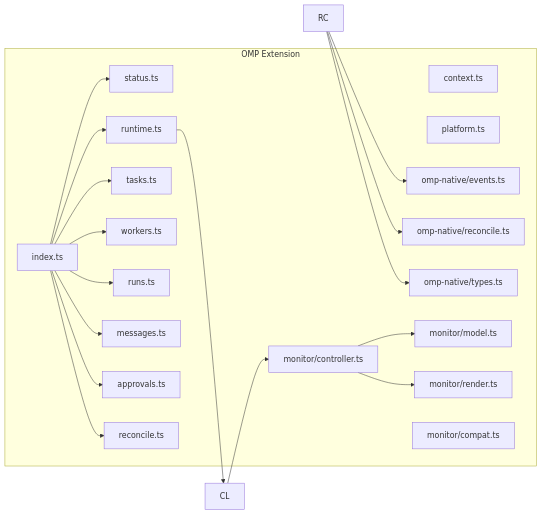
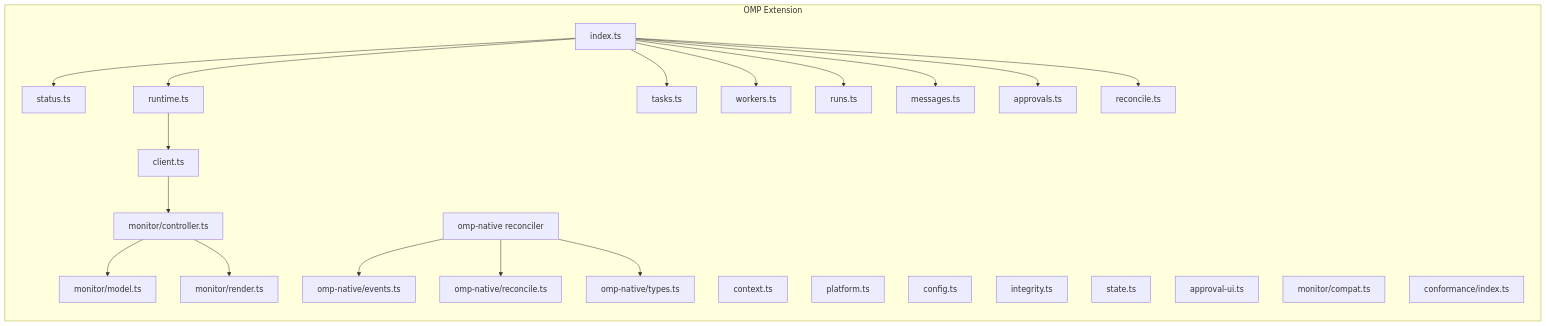
One commit to nikolasd/batman changed the third of 5 diagrams in docs/architecture.md. Above: the diagram before and after it, drawn with Mermaid. The commit also changed other lines of this file and 6 other files, not shown here.

````diff
--- a/docs/architecture.md
+++ b/docs/architecture.md
@@ -147,39 +147,46 @@
 ```mermaid
 graph LR
     subgraph "OMP Extension"
         IE[index.ts]
         ST[status.ts]
         CT[context.ts]
         RT[runtime.ts]
         PL[platform.ts]
+        CL[client.ts]
+        CF3[config.ts]
+        IN[integrity.ts]
+        SD[state.ts]
+        AU[approval-ui.ts]
         TL[tasks.ts]
         WL[workers.ts]
         RL[runs.ts]
         ML[messages.ts]
         AL[approvals.ts]
         RL2[reconcile.ts]
+        RC[omp-native reconciler]
         ON[omp-native/events.ts]
         ON2[omp-native/reconcile.ts]
         ON3[omp-native/types.ts]
         MO[monitor/model.ts]
         MR[monitor/render.ts]
         MC[monitor/controller.ts]
         CC[monitor/compat.ts]
+        CN[conformance/index.ts]
     end
 
     IE --> ST
     IE --> RT
     IE --> TL
     IE --> WL
     IE --> RL
     IE --> ML
     IE --> AL
     IE --> RL2
     RT --> CL
     CL --> MC
     MC --> MO
     MC --> MR
     RC --> ON
     RC --> ON2
     RC --> ON3
 ```
````
